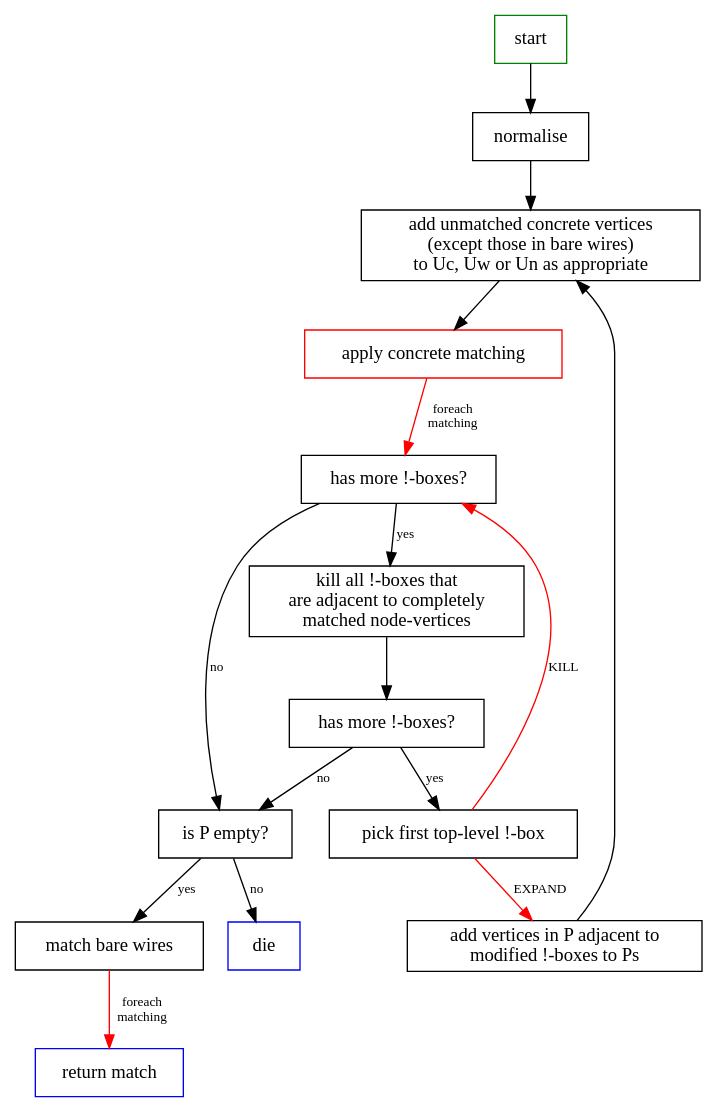
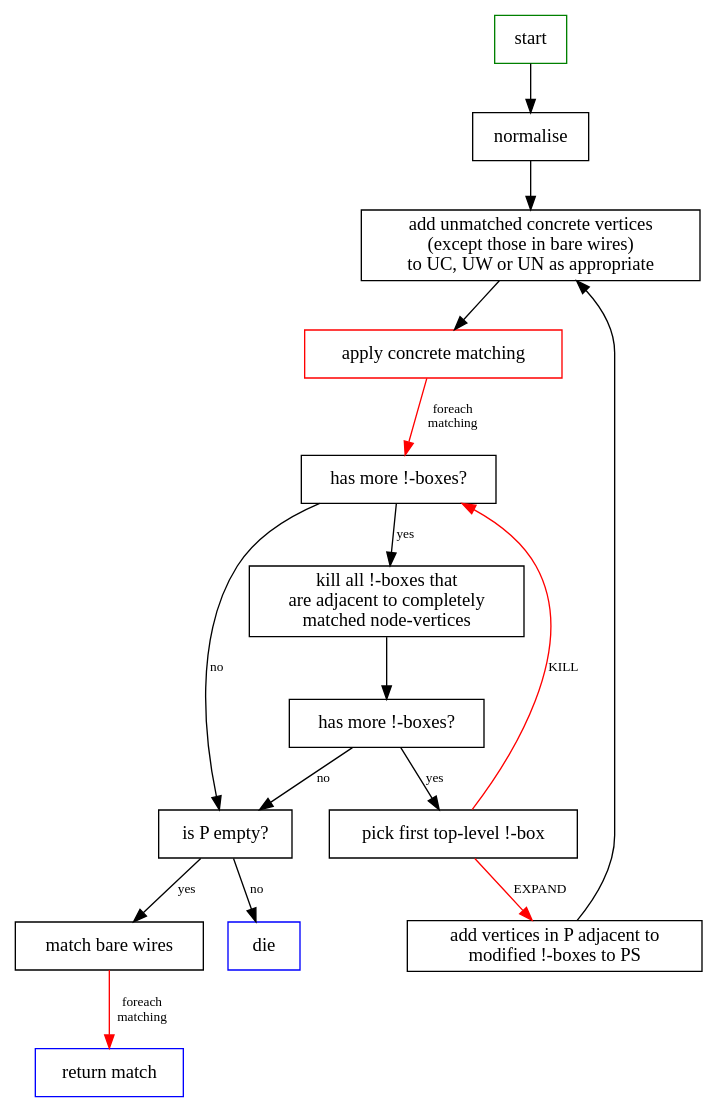
Before and after one commit to zxcalc/quantomatic: the diagram in docs/matching_algo/pattern_part.dot, drawn with Graphviz. The commit also changed 3 other files, not shown here.

```diff
--- a/docs/matching_algo/pattern_part.dot
+++ b/docs/matching_algo/pattern_part.dot
@@ -1,32 +1,32 @@
 digraph {
     node [shape=box]
     edge [fontsize=10]
     
     start [color=green]
     normalise [label="normalise"]
-    addunmatched [label="add unmatched concrete vertices\n(except those in bare wires)\nto Uc, Uw or Un as appropriate"]
+    addunmatched [label="add unmatched concrete vertices\n(except those in bare wires)\nto UC, UW or UN as appropriate"]
     match [label="apply concrete matching",color=red]
     morebang [label="has more !-boxes?"]
     morebang1 [label="has more !-boxes?"]
     pickbang [label="pick first top-level !-box"]
-    schedule [label="add vertices in P adjacent to\nmodified !-boxes to Ps"]
+    schedule [label="add vertices in P adjacent to\nmodified !-boxes to PS"]
     killcomplete [label="kill all !-boxes that\nare adjacent to completely\nmatched node-vertices"]
     nopartial [label="is P empty?"]
     die [label=die,color=blue]
     emptywires [label="match bare wires"]
     done [label="return match",color=blue]
     
     start -> normalise -> addunmatched -> match
     match -> morebang [label="foreach\nmatching",color=red]
     morebang -> killcomplete [label=yes]
     killcomplete -> morebang1
     morebang1 -> pickbang [label=yes]
     morebang1 -> nopartial [label=no]
     pickbang -> schedule [label="EXPAND",color=red]
     pickbang -> morebang [label="KILL",color=red]
     schedule -> addunmatched
     morebang -> nopartial [label=no]
     nopartial -> emptywires [label=yes]
     nopartial -> die [label=no]
     emptywires -> done [label="foreach\nmatching",color=red]
 }
```
